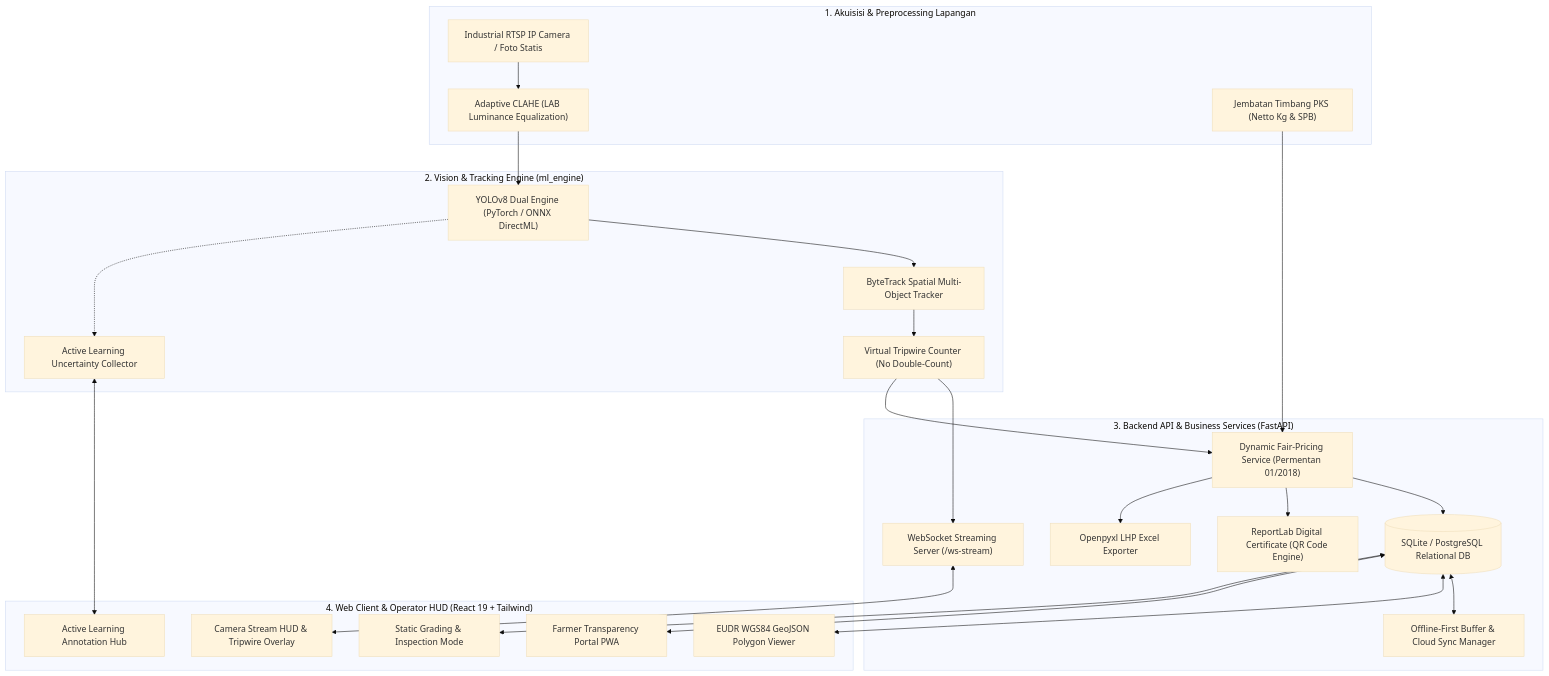
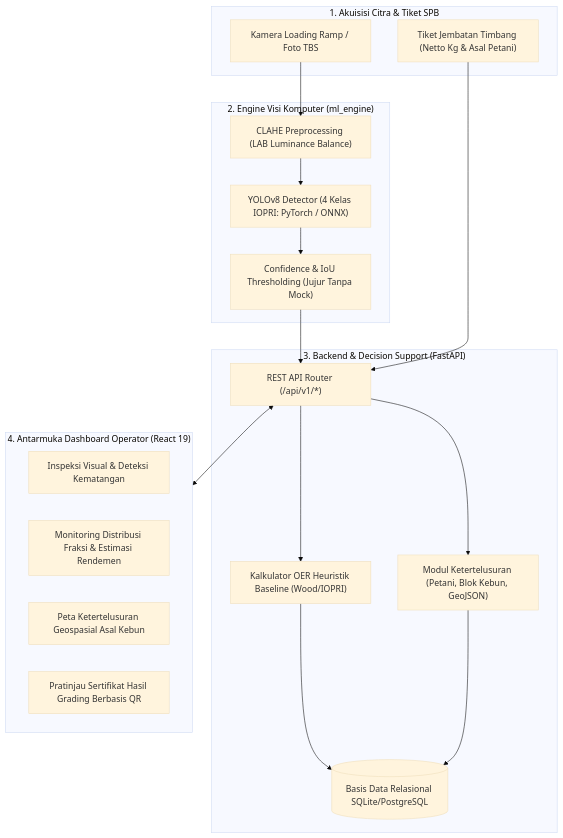
The diagram in README.md (felichpehagasaginting-code/RampGradeAI), drawn with Mermaid (base theme) before and after one commit. The commit also changed other lines of this file and 6 other files, not shown here.

Commit message:
fix(integrity): remove mock fallback, secure Roboflow API key, align 4 IOPRI classes, and position as preliminary prototype

````diff
--- a/README.md
+++ b/README.md
@@ -80,44 +50,33 @@
 ```mermaid
 flowchart TB
-    subgraph Layer1["1. Akuisisi & Preprocessing Lapangan"]
-        CAM["Industrial RTSP IP Camera / Foto Statis"]
-        CLAHE["Adaptive CLAHE (LAB Luminance Equalization)"]
-        SCALE["Jembatan Timbang PKS (Netto Kg & SPB)"]
+    subgraph InputLayer["1. Akuisisi Citra & Tiket SPB"]
+        CAM["Kamera Loading Ramp / Foto TBS"]
+        SCALE["Tiket Jembatan Timbang (Netto Kg & Asal Petani)"]
     end
 
-    subgraph Layer2["2. Vision & Tracking Engine (ml_engine)"]
-        YOLO["YOLOv8 Dual Engine (PyTorch / ONNX DirectML)"]
-        TRACKER["ByteTrack Spatial Multi-Object Tracker"]
-        TRIPWIRE["Virtual Tripwire Counter (No Double-Count)"]
-        AL_LOOP["Active Learning Uncertainty Collector"]
+    subgraph MLEngine["2. Engine Visi Komputer (ml_engine)"]
+        CLAHE["CLAHE Preprocessing (LAB Luminance Balance)"]
+        YOLO["YOLOv8 Detector (4 Kelas IOPRI: PyTorch / ONNX)"]
+        CONF["Confidence & IoU Thresholding (Jujur Tanpa Mock)"]
     end
 
-    subgraph Layer3["3. Backend API & Business Services (FastAPI)"]
-        WS_HUB["WebSocket Streaming Server (/ws-stream)"]
-        PRICING["Dynamic Fair-Pricing Service (Permentan 01/2018)"]
-        CERT["ReportLab Digital Certificate (QR Code Engine)"]
-        LHP["Openpyxl LHP Excel Exporter"]
-        SYNC["Offline-First Buffer & Cloud Sync Manager"]
-        DB[(SQLite / PostgreSQL Relational DB)]
+    subgraph BackendCore["3. Backend & Decision Support (FastAPI)"]
+        API["REST API Router (/api/v1/*)"]
+        OER["Kalkulator OER Heuristik Baseline (Wood/IOPRI)"]
+        TRACE["Modul Ketertelusuran (Petani, Blok Kebun, GeoJSON)"]
+        DB[(Basis Data Relasional SQLite/PostgreSQL)]
     end
 
-    subgraph Layer4["4. Web Client & Operator HUD (React 19 + Tailwind)"]
-        HUD["Camera Stream HUD & Tripwire Overlay"]
-        STATIC["Static Grading & Inspection Mode"]
-        MAP["EUDR WGS84 GeoJSON Polygon Viewer"]
-        PORTAL["Farmer Transparency Portal PWA"]
-        AL_UI["Active Learning Annotation Hub"]
+    subgraph FrontendApp["4. Antarmuka Dashboard Operator (React 19)"]
+        UI_INSPECT["Inspeksi Visual & Deteksi Kematangan"]
+        UI_OER["Monitoring Distribusi Fraksi & Estimasi Rendemen"]
+        UI_TRACE["Peta Ketertelusuran Geospasial Asal Kebun"]
+        UI_CERT["Pratinjau Sertifikat Hasil Grading Berbasis QR"]
     end
 
-    CAM --> CLAHE --> YOLO --> TRACKER --> TRIPWIRE
-    SCALE --> PRICING
-    TRIPWIRE --> WS_HUB <--> HUD
-    TRIPWIRE --> PRICING --> DB
-    YOLO -.-> AL_LOOP <--> AL_UI
-    PRICING --> CERT
-    PRICING --> LHP
-    DB <--> SYNC
-    DB <--> MAP
-    DB <--> PORTAL
-    DB <--> STATIC
+    CAM --> CLAHE --> YOLO --> CONF --> API
+    SCALE --> API
+    API --> OER --> DB
+    API --> TRACE --> DB
+    API <--> FrontendApp
 ```
````
